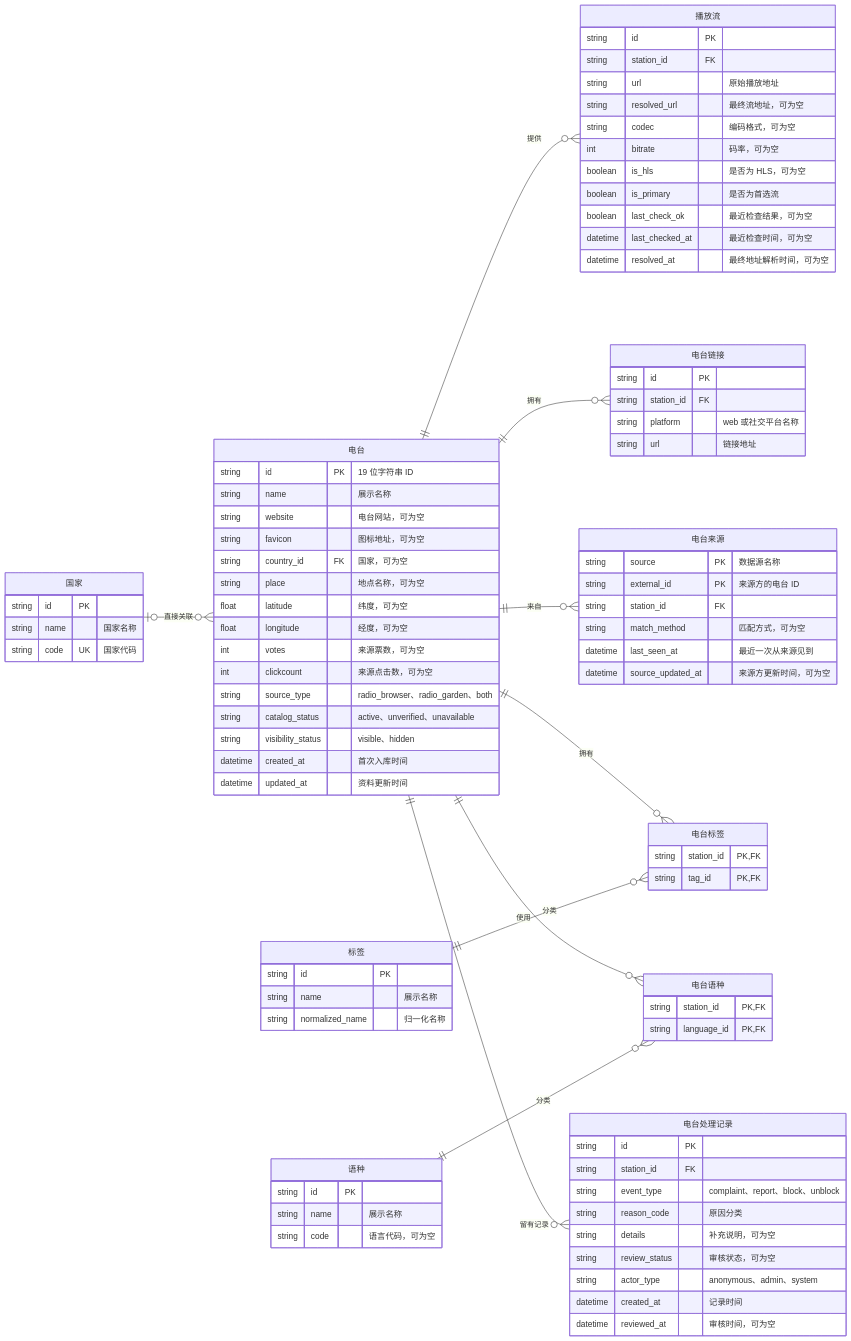
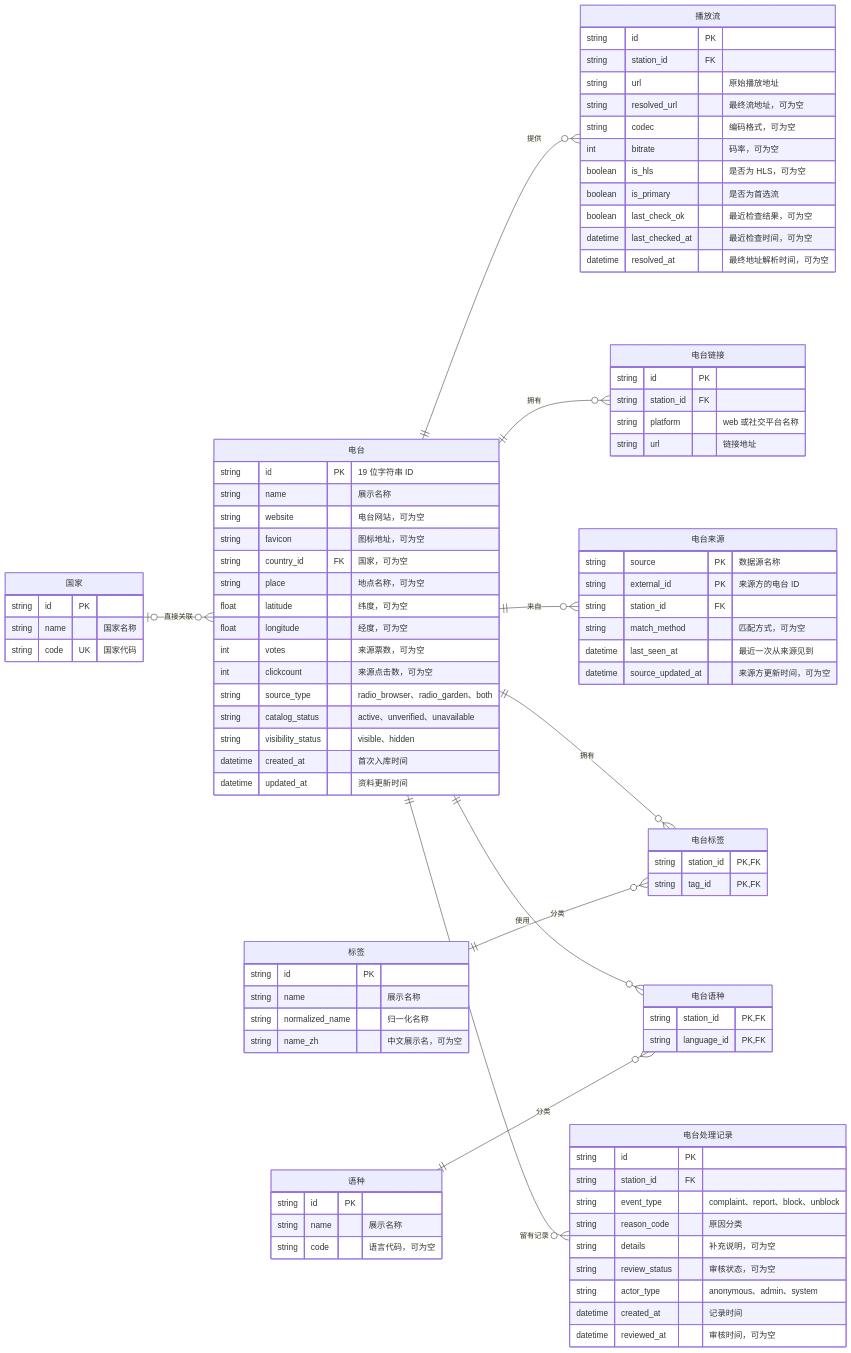
The diagram in worldTuner-data/v2/docs/电台数据库设计.md (xanggang/listen), drawn with Mermaid before and after one commit. The commit also changed other lines of this file and 127 other files, not shown here.

```diff
--- a/worldTuner-data/v2/docs/电台数据库设计.md
+++ b/worldTuner-data/v2/docs/电台数据库设计.md
@@ -77,6 +77,7 @@
         string id PK
         string name "展示名称"
         string normalized_name "归一化名称"
+        string name_zh "中文展示名，可为空"
     }
 
     LANGUAGE["语种"] {
```
